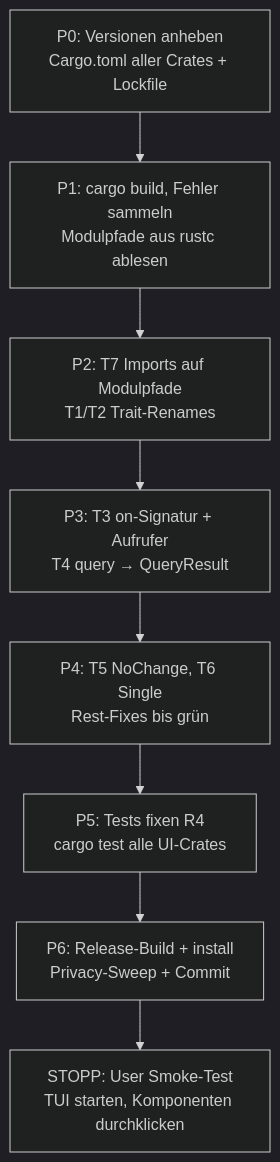
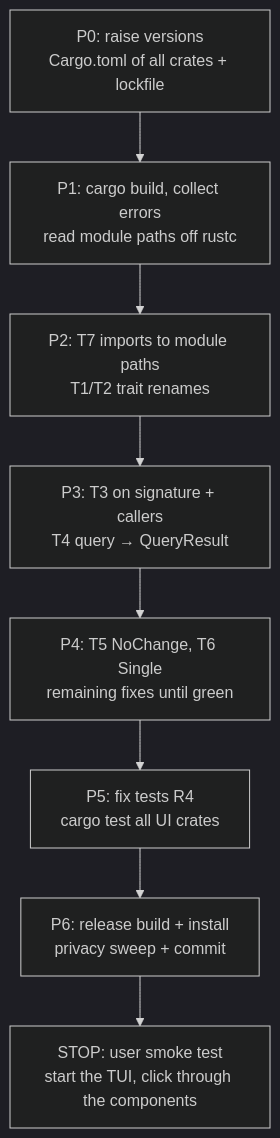
The diagram in docs/plan-ratatui-030-tuirealm-4.md (bschnitz/not-yet-done), drawn with Mermaid (dark theme) before and after one commit. The commit also changed other lines of this file and 1 other file, not shown here.

````diff
--- a/docs/plan-ratatui-030-tuirealm-4.md
+++ b/docs/plan-ratatui-030-tuirealm-4.md
@@ -85,11 +84,11 @@
 ```mermaid
 flowchart TD
-    P0[P0: Versionen anheben<br/>Cargo.toml aller Crates + Lockfile] --> P1
-    P1[P1: cargo build, Fehler sammeln<br/>Modulpfade aus rustc ablesen] --> P2
-    P2[P2: T7 Imports auf Modulpfade<br/>T1/T2 Trait-Renames] --> P3
-    P3[P3: T3 on-Signatur + Aufrufer<br/>T4 query → QueryResult] --> P4
-    P4[P4: T5 NoChange, T6 Single<br/>Rest-Fixes bis grün] --> P5
-    P5[P5: Tests fixen R4<br/>cargo test alle UI-Crates] --> P6
-    P6[P6: Release-Build + install<br/>Privacy-Sweep + Commit] --> SMOKE
-    SMOKE[STOPP: User Smoke-Test<br/>TUI starten, Komponenten durchklicken]
+    P0[P0: raise versions<br/>Cargo.toml of all crates + lockfile] --> P1
+    P1[P1: cargo build, collect errors<br/>read module paths off rustc] --> P2
+    P2[P2: T7 imports to module paths<br/>T1/T2 trait renames] --> P3
+    P3[P3: T3 on signature + callers<br/>T4 query → QueryResult] --> P4
+    P4[P4: T5 NoChange, T6 Single<br/>remaining fixes until green] --> P5
+    P5[P5: fix tests R4<br/>cargo test all UI crates] --> P6
+    P6[P6: release build + install<br/>privacy sweep + commit] --> SMOKE
+    SMOKE[STOP: user smoke test<br/>start the TUI, click through the components]
 ```
````
